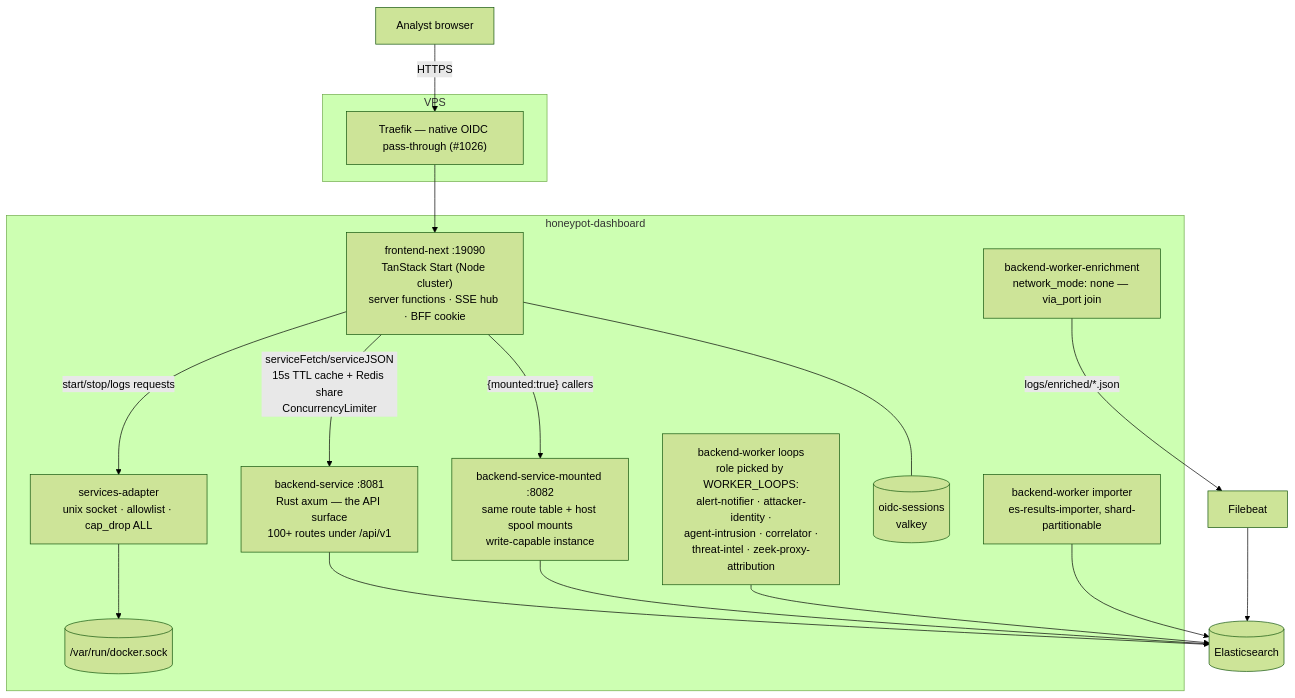
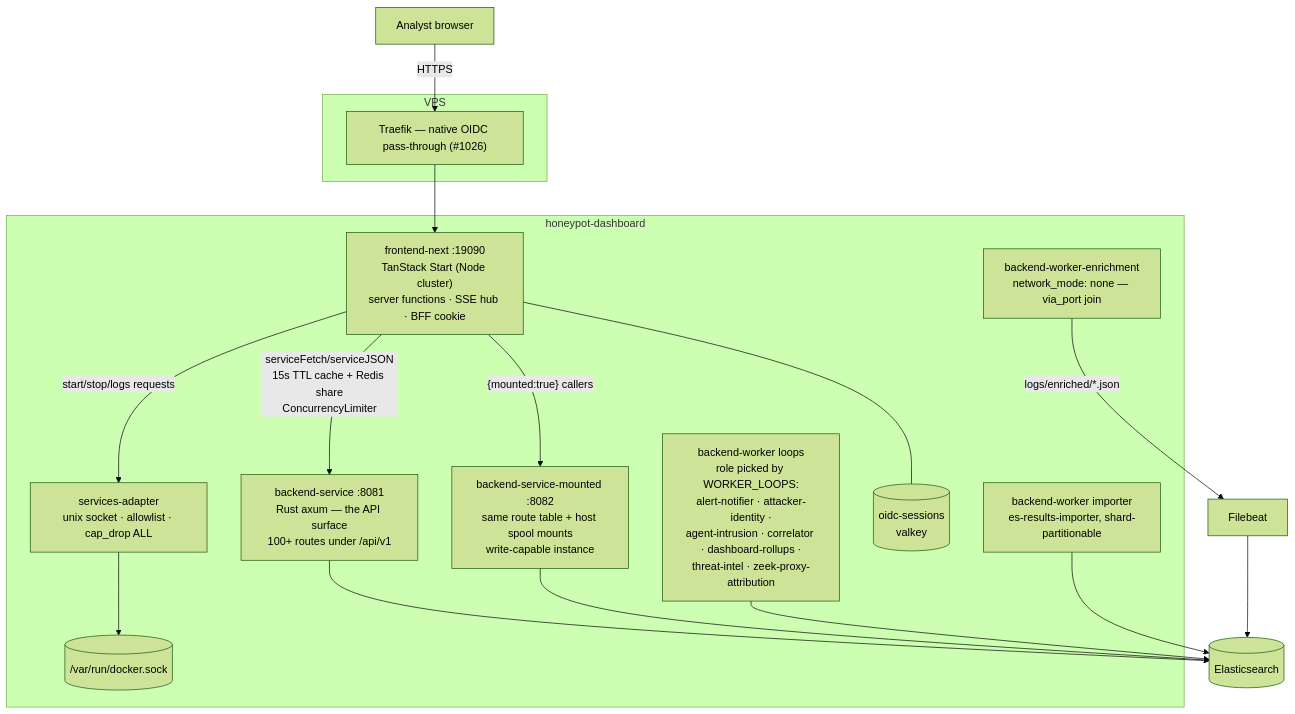
Before and after one commit to Xore/APIARY: the second of 4 diagrams in docs/ARCHITECTURE.md, drawn with Mermaid (forest theme). The commit also changed other lines of this file and 17 other files, not shown here.

````diff
--- a/docs/ARCHITECTURE.md
+++ b/docs/ARCHITECTURE.md
@@ -107,30 +107,30 @@
 ```mermaid
 flowchart TB
   analyst["Analyst browser"]
 
   subgraph vps2["VPS"]
     t["Traefik — native OIDC pass-through (#1026)"]
   end
 
   subgraph stack["honeypot-dashboard"]
     fe["frontend-next :19090<br/>TanStack Start (Node cluster)<br/>server functions · SSE hub · BFF cookie"]
     bs["backend-service :8081<br/>Rust axum — the API surface<br/>100+ routes under /api/v1"]
     bsm["backend-service-mounted :8082<br/>same route table + host spool mounts<br/>write-capable instance"]
-    loops["backend-worker loops<br/>role picked by WORKER_LOOPS:<br/>alert-notifier · attacker-identity ·<br/>agent-intrusion · correlator ·<br/>threat-intel · zeek-proxy-attribution"]
+    loops["backend-worker loops<br/>role picked by WORKER_LOOPS:<br/>alert-notifier · attacker-identity ·<br/>agent-intrusion · correlator · dashboard-rollups ·<br/>threat-intel · zeek-proxy-attribution"]
     imp["backend-worker importer<br/>es-results-importer, shard-partitionable"]
     enr["backend-worker-enrichment<br/>network_mode: none — via_port join"]
     redis[("oidc-sessions<br/>valkey")]
     adapter["services-adapter<br/>unix socket · allowlist · cap_drop ALL"]
     sock[("/var/run/docker.sock")]
   end
 
   es[("Elasticsearch")]
 
   analyst -->|"HTTPS"| t --> fe
   fe -->|"serviceFetch/serviceJSON<br/>15s TTL cache + Redis share<br/>ConcurrencyLimiter"| bs
   fe -->|"{mounted:true} callers"| bsm
   fe --- redis
   bs & bsm & loops & imp --> es
   enr -->|"logs/enriched/*.json"| fb2["Filebeat"] --> es
   fe -->|"start/stop/logs requests"| adapter --> sock
 ```
````
